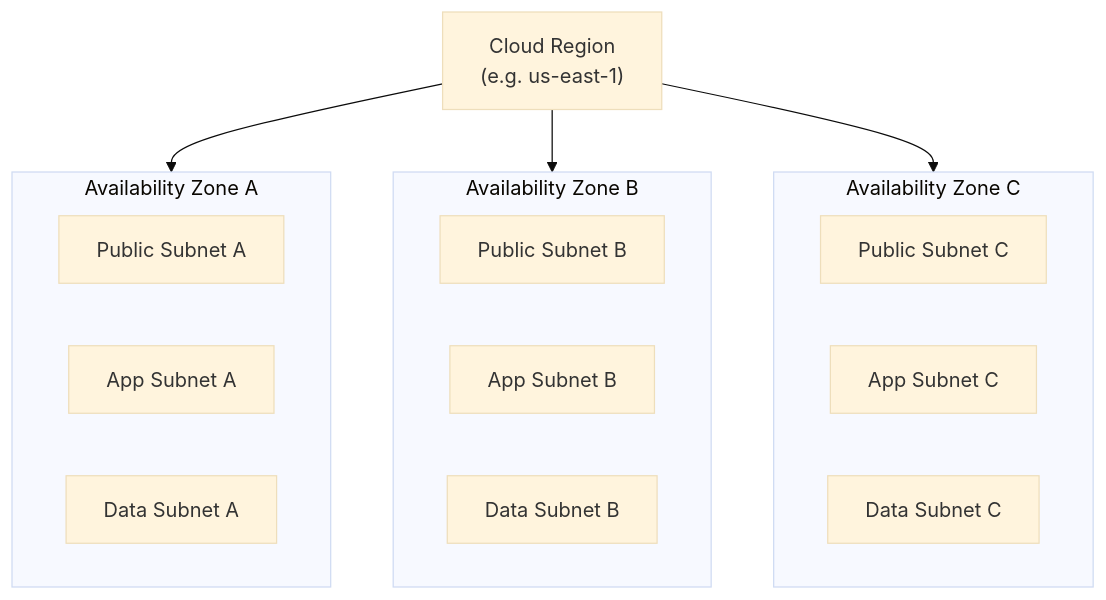
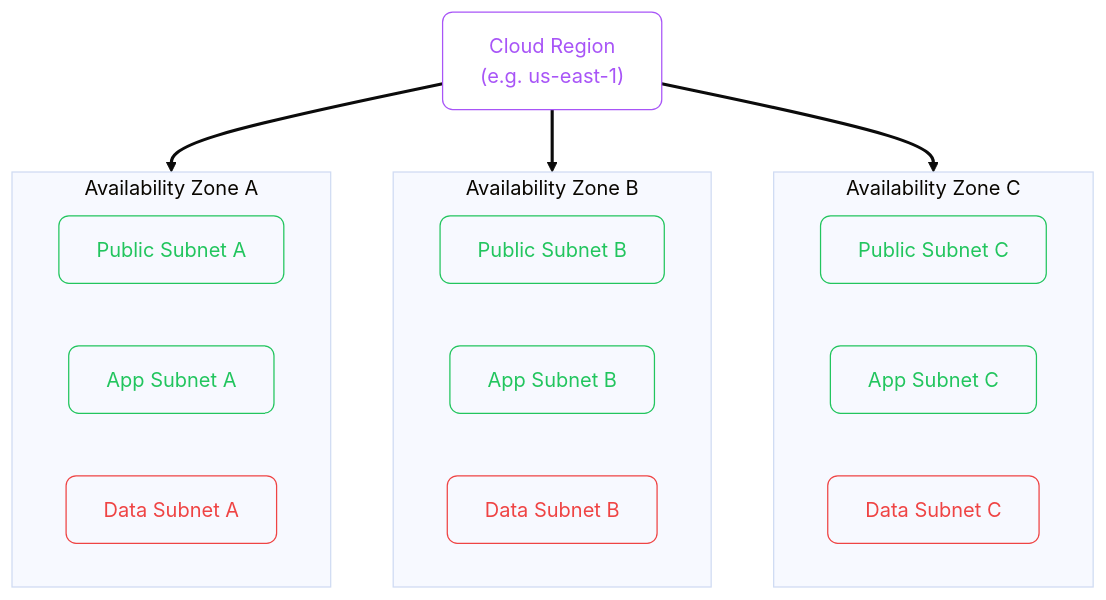
One commit to zafarale/cloudification changed the seventh of 7 diagrams in src/content/cloud/common/networking-basics.mdx. Above: the diagram before and after it, drawn with Mermaid (base theme). The commit also changed other lines of this file and 84 other files, not shown here.

````diff
--- a/src/content/cloud/common/networking-basics.mdx
+++ b/src/content/cloud/common/networking-basics.mdx
@@ -247,26 +289,33 @@
 ```mermaid
 flowchart TD
-    REGION["Cloud Region\n(e.g. us-east-1)"]
+    accTitle: Availability Zones: Building for Fault Tolerance
+    accDescr: Flowchart (td) showing e.g. us-east-1, Availability Zone A, Public Subnet A
+    classDef step fill:none,stroke:#a855f7,color:#a855f7,rx:8,ry:8
+    classDef ok   fill:none,stroke:#22c55e,color:#22c55e,rx:8,ry:8
+    classDef fail fill:none,stroke:#ef4444,color:#ef4444,rx:8,ry:8
+    linkStyle default stroke-width:2.5px
+
+    REGION["Cloud Region<br/>(e.g. us-east-1)"]:::step
 
     subgraph AZ1["Availability Zone A"]
-        S1["Public Subnet A"]
-        S2["App Subnet A"]
-        S3["Data Subnet A"]
+        S1["Public Subnet A"]:::ok
+        S2["App Subnet A"]:::ok
+        S3["Data Subnet A"]:::fail
     end
 
     subgraph AZ2["Availability Zone B"]
-        S4["Public Subnet B"]
-        S5["App Subnet B"]
-        S6["Data Subnet B"]
+        S4["Public Subnet B"]:::ok
+        S5["App Subnet B"]:::ok
+        S6["Data Subnet B"]:::fail
     end
 
     subgraph AZ3["Availability Zone C"]
-        S7["Public Subnet C"]
-        S8["App Subnet C"]
-        S9["Data Subnet C"]
+        S7["Public Subnet C"]:::ok
+        S8["App Subnet C"]:::ok
+        S9["Data Subnet C"]:::fail
     end
 
     REGION --> AZ1
     REGION --> AZ2
     REGION --> AZ3
 ```
````
